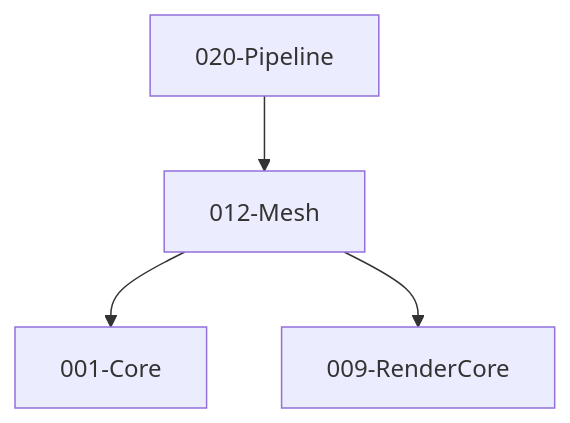
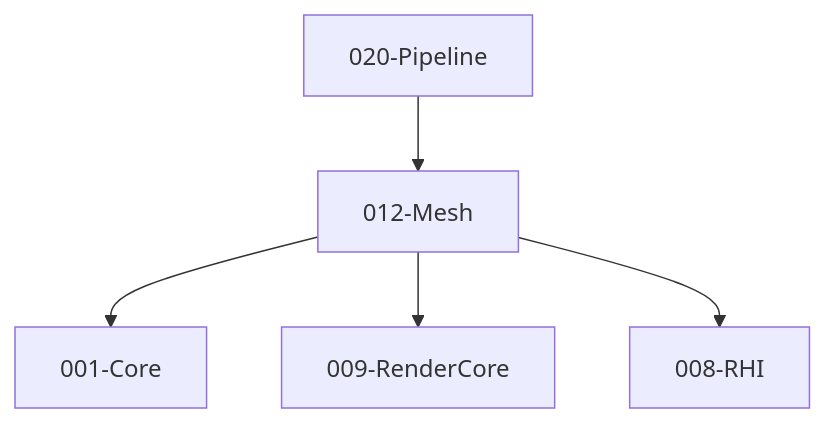
The second of 2 diagrams in docs/module-specs/012-mesh.md (liangz0707/TenEngine), drawn with Mermaid before and after one commit. The commit also changed other lines of this file and 59 other files, not shown here.

````diff
--- a/docs/module-specs/012-mesh.md
+++ b/docs/module-specs/012-mesh.md
@@ -67,10 +68,12 @@
 ```mermaid
 flowchart TB
   Core[001-Core]
   RC[009-RenderCore]
+  RHI[008-RHI]
   Mesh[012-Mesh]
   Pi[020-Pipeline]
   Mesh --> Core
   Mesh --> RC
+  Mesh --> RHI
   Pi --> Mesh
 ```
````
